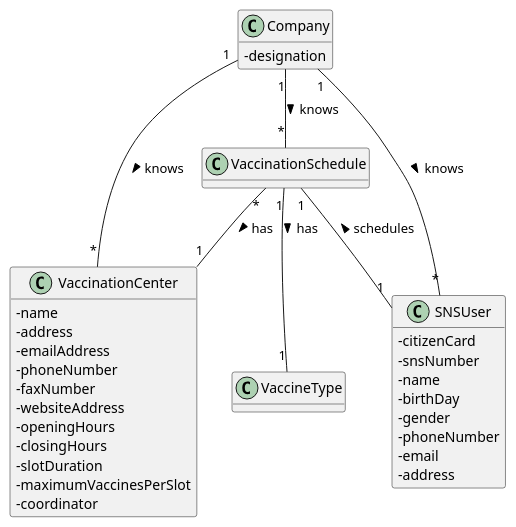
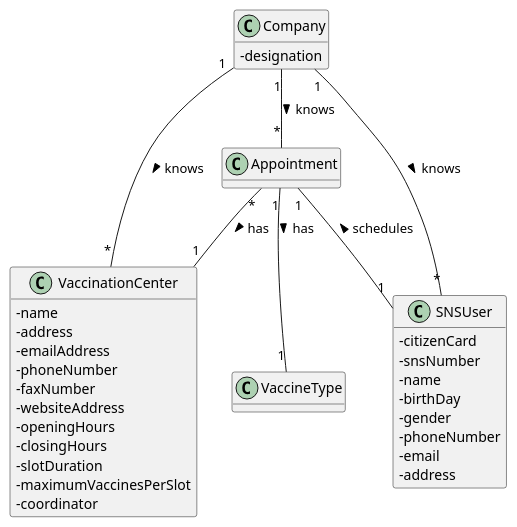
The diagram in docs/SprintC/US01/DM/US01_DM.puml (miseEnPlace-i/lapr2), drawn with PlantUML before and after one commit.

Commit message:
docs(us-01): updated dm

```diff
--- a/docs/SprintC/US01/DM/US01_DM.puml
+++ b/docs/SprintC/US01/DM/US01_DM.puml
@@ -1,45 +1,45 @@
 @startuml US01_DM
 hide methods
 skinparam classAttributeIconSize 0
 
-class VaccinationSchedule {}
+class Appointment {}
 
 class VaccineType {}
 
 class SNSUser {
   -citizenCard
   -snsNumber
   -name
   -birthDay
   -gender
   -phoneNumber
   -email
   -address
 }
 
 class VaccinationCenter{
   -name
   -address
   -emailAddress
   -phoneNumber
   -faxNumber
   -websiteAddress
   -openingHours  
   -closingHours
   -slotDuration
   -maximumVaccinesPerSlot
   -coordinator
 }
 
-class Company{
+class Company {
   -designation
 }
 
-Company "1" -- "*" VaccinationSchedule : knows >
-VaccinationSchedule "1"  -- "1" VaccineType : has >
-VaccinationSchedule "*" -- "1" VaccinationCenter : has >
+Company "1" -- "*" Appointment : knows >
+Appointment "1"  -- "1" VaccineType : has >
+Appointment "*" -- "1" VaccinationCenter : has >
 Company "1" -- "*" VaccinationCenter : knows >
-VaccinationSchedule "1" -- "1" SNSUser : schedules <
+Appointment "1" -- "1" SNSUser : schedules <
 Company "1" -- "*" SNSUser : knows >
 
 @enduml
```
